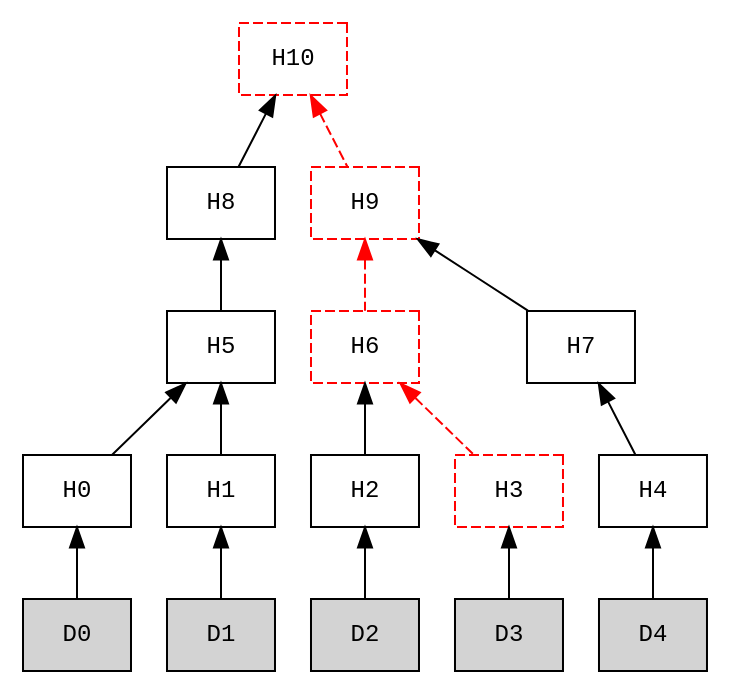
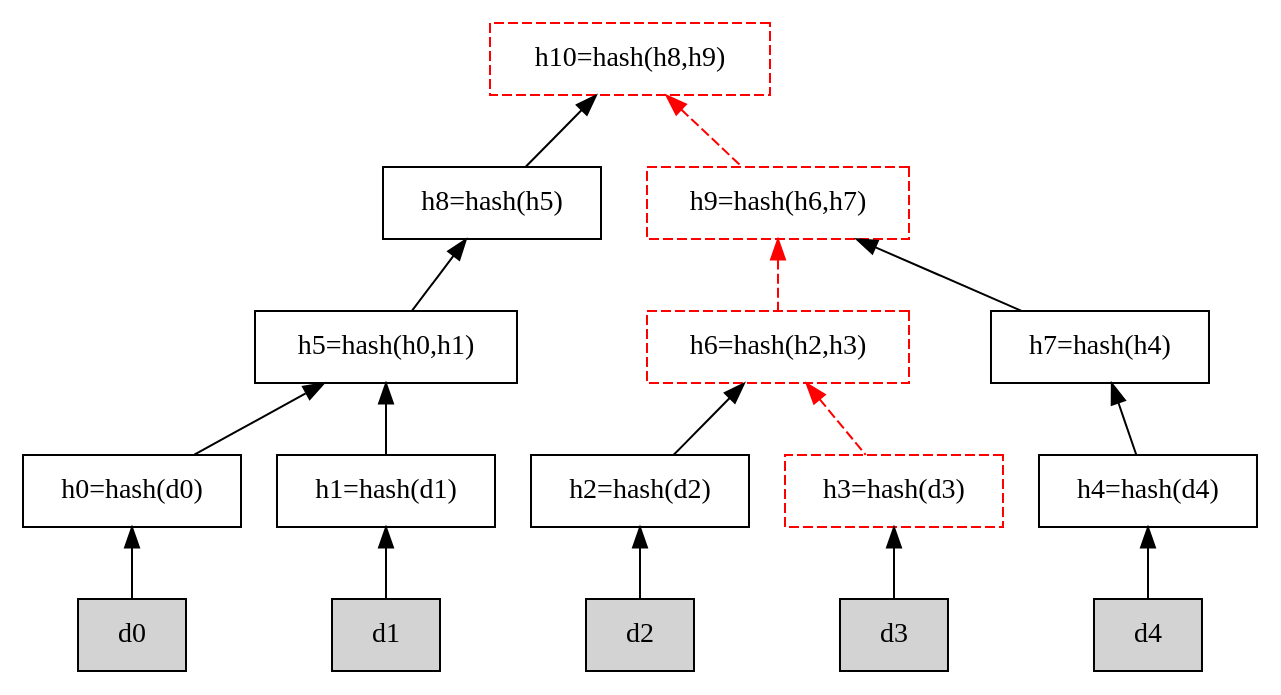
Before and after one commit to sbagency/scouting_web3_technologies: the diagram in graphs/merkle-tree.gv, drawn with Graphviz. The commit also changed 22 other files, not shown here.

```diff
--- a/graphs/merkle-tree.gv
+++ b/graphs/merkle-tree.gv
@@ -1,29 +1,50 @@
 digraph hierarchy {
-node [fontname=Monospace,fontsize=12,shape=box]
+
+node [shape=box]
 edge [dir = back]
-"H10" [style=dashed,color=red];
-"H10" -> "H8"
-"H10" -> "H9" [style=dashed,color=red];
-"H8" -> "H5"
-"H9" -> "H6" [style=dashed,color=red];
-"H9" [style=dashed,color=red];
-"H9" -> "H7"
-"H5" -> "H0"
-"H5" -> "H1"
-"H6" -> "H2"
-"H6" -> "H3" [style=dashed,color=red];
-"H6" [style=dashed,color=red];
-"H7" -> "H4"
-"H0" -> "D0"
-"H1" -> "D1"
-"H2" -> "D2"
-"H3" -> "D3"
-"H3" [style=dashed,color=red];
-"H4" -> "D4"
-"D0" [style=filled];
-"D1" [style=filled];
-"D2" [style=filled];
-"D3" [style=filled];
-"D4" [style=filled];
+
+"h10" [label="h10=hash(h8,h9)",style=dashed,color=red];
+
+"h10" -> "h8"
+"h10" -> "h9" [style=dashed,color=red];
+"h8" -> "h5"
+
+"h8" [label="h8=hash(h5)"]
+"h9" [label="h9=hash(h6,h7)",style=dashed,color=red];
+
+"h9" -> "h6" [style=dashed,color=red];
+
+"h9" -> "h7"
+"h5" -> "h0"
+"h5" -> "h1"
+
+"h5" [label="h5=hash(h0,h1)"];
+
+"h6" -> "h2"
+"h6" -> "h3" [style=dashed,color=red];
+
+"h6" [label="h6=hash(h2,h3)",style=dashed,color=red];
+"h7" [label="h7=hash(h4)"];
+
+"h7" -> "h4"
+
+"h0" -> "d0"
+"h1" -> "d1"
+"h2" -> "d2"
+"h3" -> "d3"
+"h3" [style=dashed,color=red];
+"h4" -> "d4"
+
+"h0" [label="h0=hash(d0)"];
+"h1" [label="h1=hash(d1)"];
+"h2" [label="h2=hash(d2)"];
+"h3" [label="h3=hash(d3)"];
+"h4" [label="h4=hash(d4)"];
+
+"d0" [style=filled];
+"d1" [style=filled];
+"d2" [style=filled];
+"d3" [style=filled];
+"d4" [style=filled];
 
 }
```
